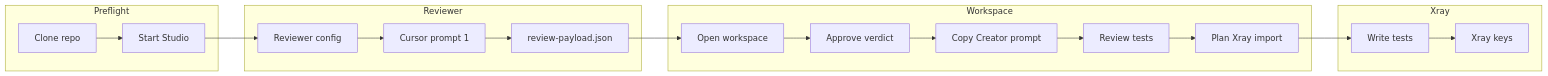
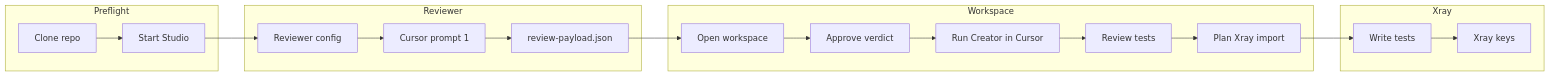
The second of 2 diagrams in Trinity/ARCHITECTURE.md (marekwyszynskiappfire/docs), drawn with Mermaid before and after one commit. The commit also changed other lines of this file and 18 other files, not shown here.

````diff
--- a/Trinity/ARCHITECTURE.md
+++ b/Trinity/ARCHITECTURE.md
@@ -69,25 +72,25 @@
 ```mermaid
 flowchart LR
   subgraph pre [Preflight]
     CLONE[Clone repo]
     START[Start Studio]
   end
   subgraph rev [Reviewer]
     CFG[Reviewer config]
     P1[Cursor prompt 1]
     RUN[review-payload.json]
   end
   subgraph stu [Workspace]
     OPEN[Open workspace]
     APR[Approve verdict]
-    P2[Copy Creator prompt]
+    P2[Run Creator in Cursor]
     REV[Review tests]
     PLAN[Plan Xray import]
   end
   subgraph xray [Xray]
     EXEC[Write tests]
     KEYS[Xray keys]
   end
   CLONE --> START --> CFG --> P1 --> RUN --> OPEN --> APR --> P2
   P2 --> REV --> PLAN --> EXEC --> KEYS
 ```
````
